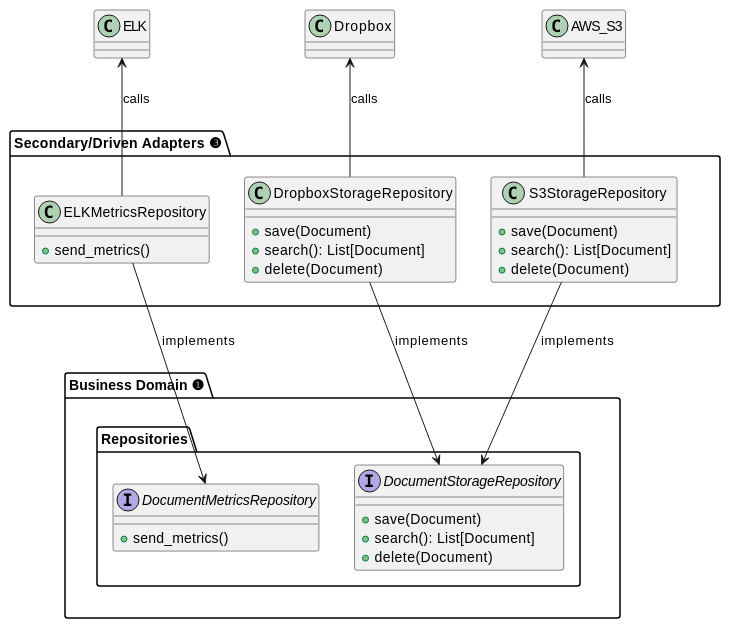
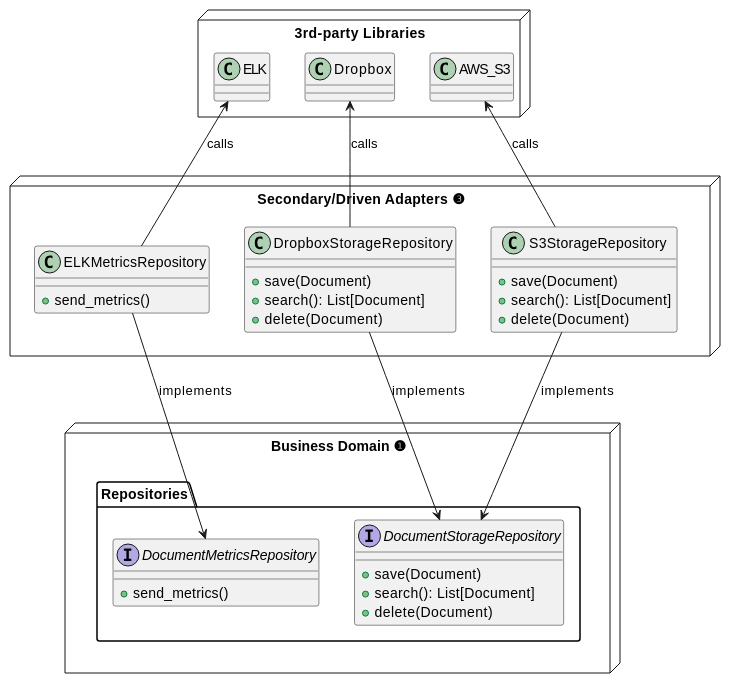
The fourth of 4 diagrams in content/2022-hexagonal-architecture.org (dorneanu/slides), drawn with PlantUML before and after one commit. The commit also changed other lines of this file and 1 other file, not shown here.

```diff
--- a/content/2022-hexagonal-architecture.org
+++ b/content/2022-hexagonal-architecture.org
@@ -335,47 +344,53 @@
 #+begin_src plantuml :file ./images/hexagonal-architecture/example-hex-arch-repos.png  :results file replace :cmdline -charset UTF-8 :exports none
 @startuml
 
-package "Business Domain ❶" as app_core {
+package "3rd-party Libraries" as 3rd_party <<Node>> {
+    class AWS_S3 {}
+    class Dropbox {}
+    class ELK {}
+}
+
+package "Business Domain ❶" as app_core <<Node>> {
 	package Repositories {
 	   interface DocumentStorageRepository {
 		 + save(Document)
 		 + search(): List[Document]
 		 + delete(Document)
 	   }
 
 		interface DocumentMetricsRepository {
 			 + send_metrics()
 		}
 	}
 }
 
-package "Secondary/Driven Adapters ❸" as sec_adapters {
+package "Secondary/Driven Adapters ❸" as sec_adapters <<Node>> {
     class S3StorageRepository {
 	     + save(Document)
 		 + search(): List[Document]
 		 + delete(Document)
 	}
 
     class DropboxStorageRepository {
 	     + save(Document)
 		 + search(): List[Document]
 		 + delete(Document)
 	}
 
     class ELKMetricsRepository {
 		 + send_metrics()
 	}
 
 }
 
 sec_adapters -down[hidden]- app_core
 
 S3StorageRepository -right-> DocumentStorageRepository: implements
 DropboxStorageRepository -right-> DocumentStorageRepository: implements
 ELKMetricsRepository -right-> DocumentMetricsRepository: implements
 
 S3StorageRepository -up-> AWS_S3: calls
 DropboxStorageRepository -up-> Dropbox: calls
 ELKMetricsRepository -up-> ELK: calls
 @enduml
 #+end_src
```
